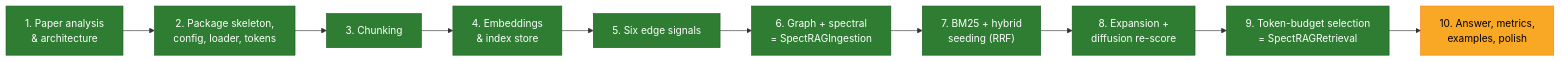
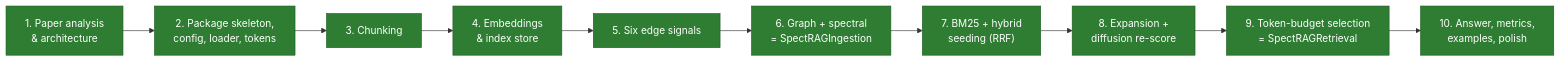
One commit to aion7891/Spect-RAG changed the fifth of 14 diagrams in README.md. Above: the diagram before and after it, drawn with Mermaid. The commit also changed other lines of this file and 29 other files, not shown here.

Commit message:
feat: Phase 10 – answer() with any LLM, paper metrics, multi-hop evaluation vs top-k, final README

````diff
--- a/README.md
+++ b/README.md
@@ -466,15 +512,15 @@
 ```mermaid
 flowchart LR
     P1["1. Paper analysis<br/>& architecture"]:::done --> P2["2. Package skeleton,<br/>config, loader, tokens"]:::done
     P2 --> P3["3. Chunking"]:::done
     P3 --> P4["4. Embeddings<br/>& index store"]:::done
     P4 --> P5["5. Six edge signals"]:::done
     P5 --> P6["6. Graph + spectral<br/>= SpectRAGIngestion"]:::done
     P6 --> P7["7. BM25 + hybrid<br/>seeding (RRF)"]:::done
     P7 --> P8["8. Expansion +<br/>diffusion re-score"]:::done
     P8 --> P9["9. Token-budget selection<br/>= SpectRAGRetrieval"]:::done
-    P9 --> P10["10. Answer, metrics,<br/>examples, polish"]:::doing
+    P9 --> P10["10. Answer, metrics,<br/>examples, polish"]:::done
     classDef done fill:#2e7d32,color:#fff,stroke:#1b5e20
     classDef doing fill:#f9a825,color:#000,stroke:#f57f17
     classDef todo fill:#9e9e9e,color:#fff,stroke:#616161
 ```
````
